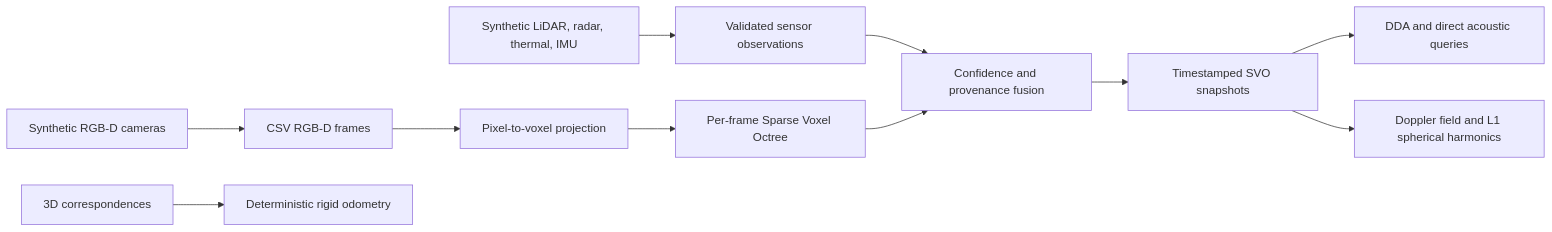
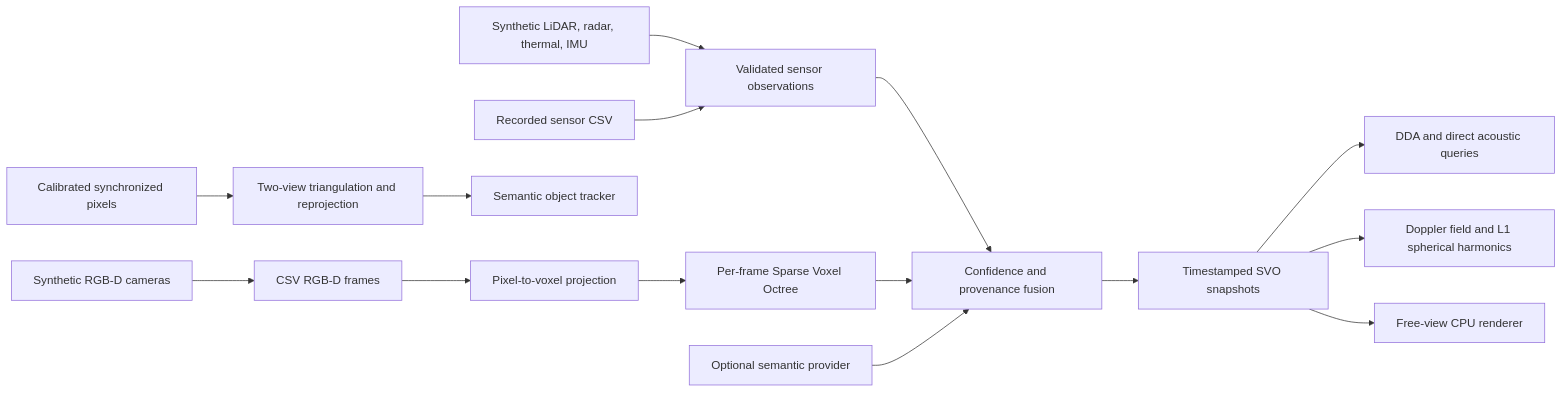
One commit to gusinistro/voxel4d changed the diagram in README.md. Above: the diagram before and after it, drawn with Mermaid. The commit also changed other lines of this file and 30 other files, not shown here.

````diff
--- a/README.md
+++ b/README.md
@@ -94,13 +110,17 @@
 ```mermaid
 flowchart LR
     A[Synthetic RGB-D cameras] --> B[CSV RGB-D frames]
     B --> C[Pixel-to-voxel projection]
     C --> D[Per-frame Sparse Voxel Octree]
     E[Synthetic LiDAR, radar, thermal, IMU] --> F[Validated sensor observations]
     F --> G[Confidence and provenance fusion]
     D --> G
     G --> H[Timestamped SVO snapshots]
     H --> I[DDA and direct acoustic queries]
     H --> J[Doppler field and L1 spherical harmonics]
-    K[3D correspondences] --> L[Deterministic rigid odometry]
+    H --> M[Free-view CPU renderer]
+    K[Calibrated synchronized pixels] --> L[Two-view triangulation and reprojection]
+    L --> N[Semantic object tracker]
+    O[Recorded sensor CSV] --> F
+    P[Optional semantic provider] --> G
 ```
````
